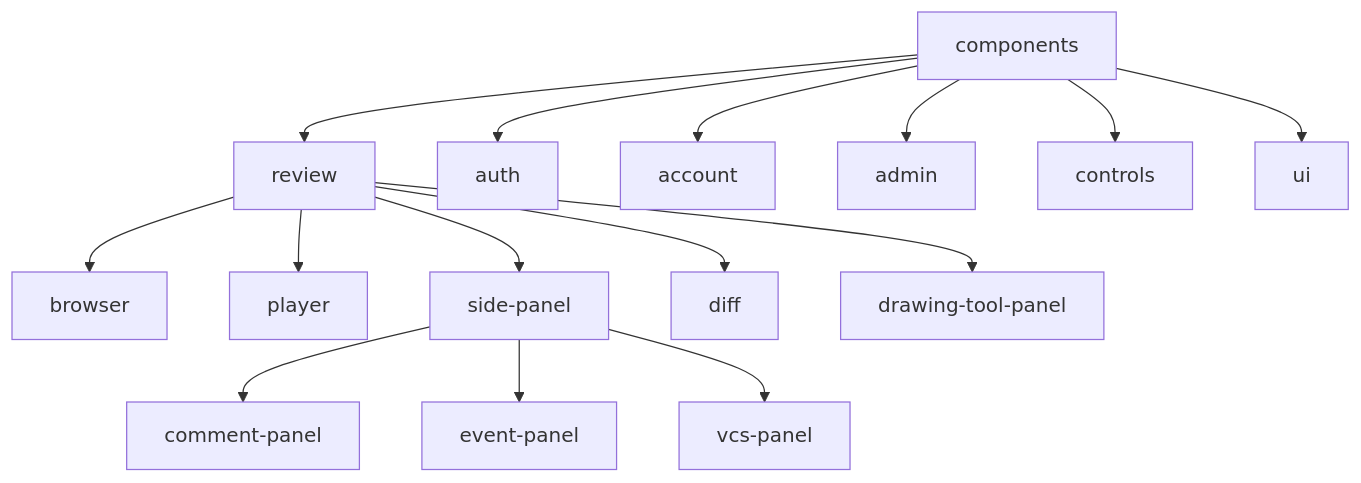
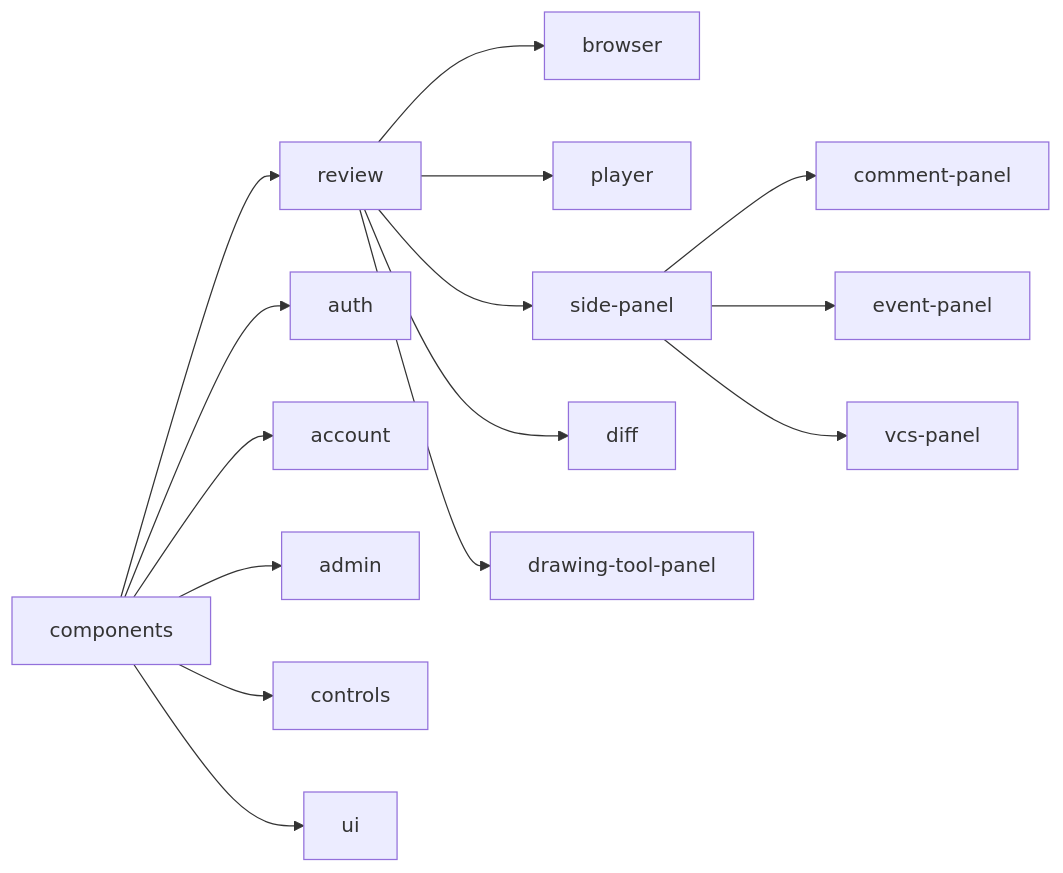
Before and after one commit to arita-yuto/video-review: the second of 3 diagrams in docs/src/content/docs/development/frontend-map.md, drawn with Mermaid. The commit also changed 8 other files, not shown here.

Commit message:
docs: long titles and labels no longer wrap in the sidebar, page heading and Next link, and the frontend map's diagrams are laid out to fit the column

````diff
--- a/docs/src/content/docs/development/frontend-map.md
+++ b/docs/src/content/docs/development/frontend-map.md
@@ -53,34 +53,34 @@
 ```mermaid
 %%{init: {"flowchart": {"wrappingWidth": 400}}}%%
-flowchart TD
+flowchart LR
     components[components]
     review[review]
     browser[browser]
     player[player]
     side[side-panel]
     comment[comment-panel]
     event[event-panel]
     vcs[vcs-panel]
     diff[diff]
     tool[drawing-tool-panel]
     auth[auth]
     account[account]
     admin[admin]
     controls[controls]
     ui[ui]
 
     components --> review
     components --> auth
     components --> account
     components --> admin
     components --> controls
     components --> ui
     review --> browser
     review --> player
     review --> side
     review --> diff
     review --> tool
     side --> comment
     side --> event
     side --> vcs
 ```
````
